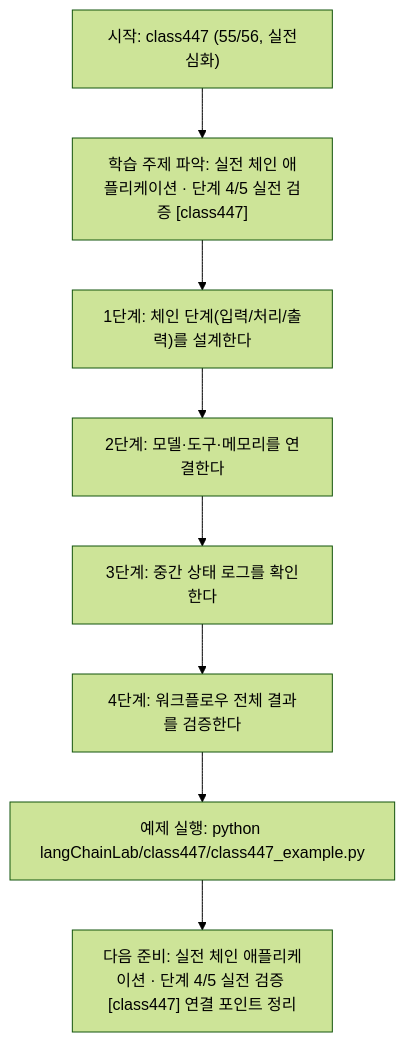
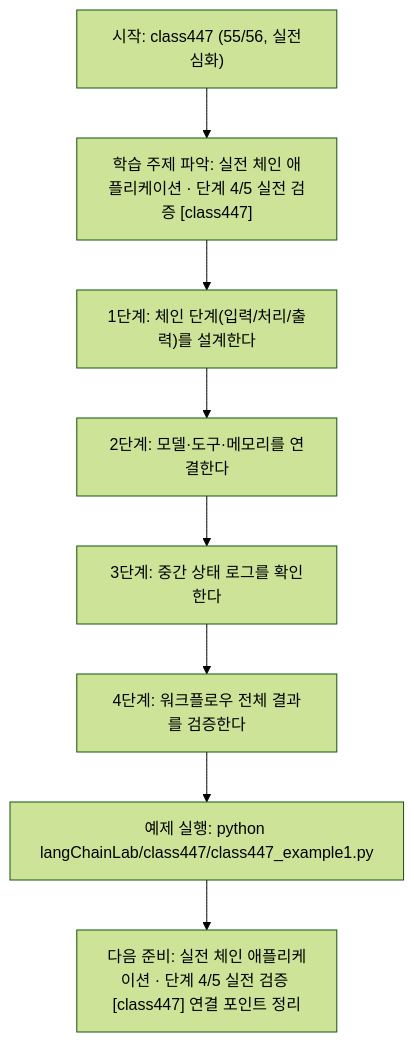
Before and after one commit to edumgt/Python-AI_Agent-Class: the diagram in langChainLab/class447/class447.md, drawn with Mermaid (forest theme). The commit also changed other lines of this file and 2959 other files, not shown here.

````diff
--- a/langChainLab/class447/class447.md
+++ b/langChainLab/class447/class447.md
@@ -110,18 +110,18 @@
 ```mermaid
 flowchart TD
 N1["시작: class447 (55/56, 실전심화)"]
 N2["학습 주제 파악: 실전 체인 애플리케이션 · 단계 4/5 실전 검증 [class447]"]
 N3["1단계: 체인 단계(입력/처리/출력)를 설계한다"]
 N4["2단계: 모델·도구·메모리를 연결한다"]
 N5["3단계: 중간 상태 로그를 확인한다"]
 N6["4단계: 워크플로우 전체 결과를 검증한다"]
-N7["예제 실행: python langChainLab/class447/class447_example.py"]
+N7["예제 실행: python langChainLab/class447/class447_example1.py"]
 N8["다음 준비: 실전 체인 애플리케이션 · 단계 4/5 실전 검증 [class447] 연결 포인트 정리"]
 N1 --> N2
 N2 --> N3
 N3 --> N4
 N4 --> N5
 N5 --> N6
 N6 --> N7
 N7 --> N8
 ```
````
